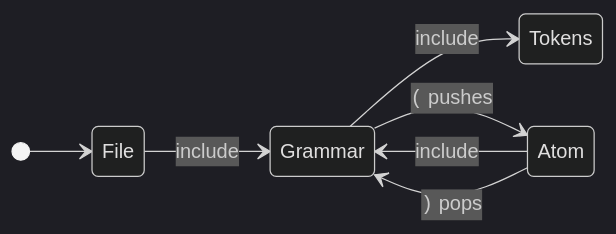
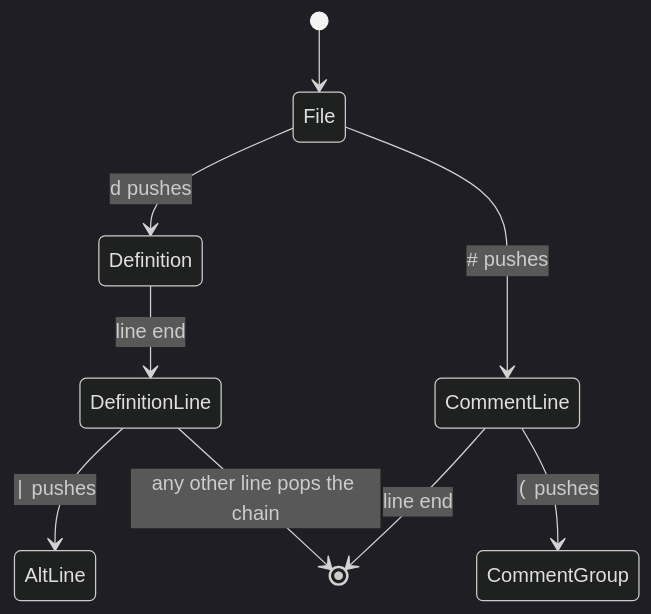
Before and after one commit to LMauricius/py-perg-mgff: the diagram in Docs/kate-generator.md, drawn with Mermaid (dark theme). The commit also changed other lines of this file and 11 other files, not shown here.

````diff
--- a/Docs/kate-generator.md
+++ b/Docs/kate-generator.md
@@ -25,10 +25,11 @@
 ```mermaid
 stateDiagram-v2
-    direction LR
     [*] --> File
-    File --> Grammar: include
-    Grammar --> Tokens: include
-    Grammar --> Atom: <code>(</code> pushes
-    Atom --> Grammar: include
-    Atom --> Grammar: <code>)</code> pops
+    File --> Definition: <code>d</code> pushes
+    Definition --> DefinitionLine: line end
+    DefinitionLine --> AltLine: <code>|</code> pushes
+    DefinitionLine --> [*]: any other line pops the chain
+    File --> CommentLine: <code>#</code> pushes
+    CommentLine --> CommentGroup: <code>(</code> pushes
+    CommentLine --> [*]: line end
 ```
````
